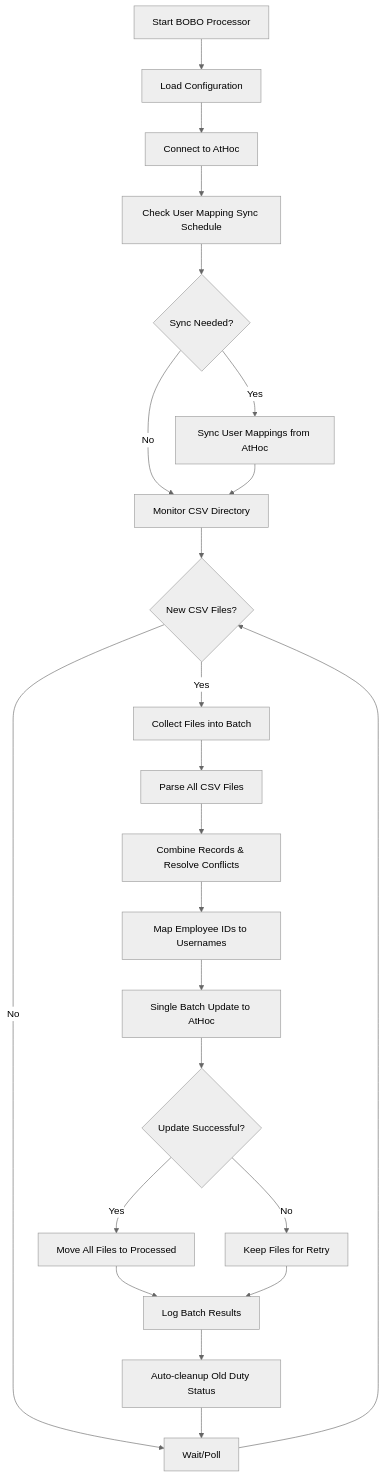
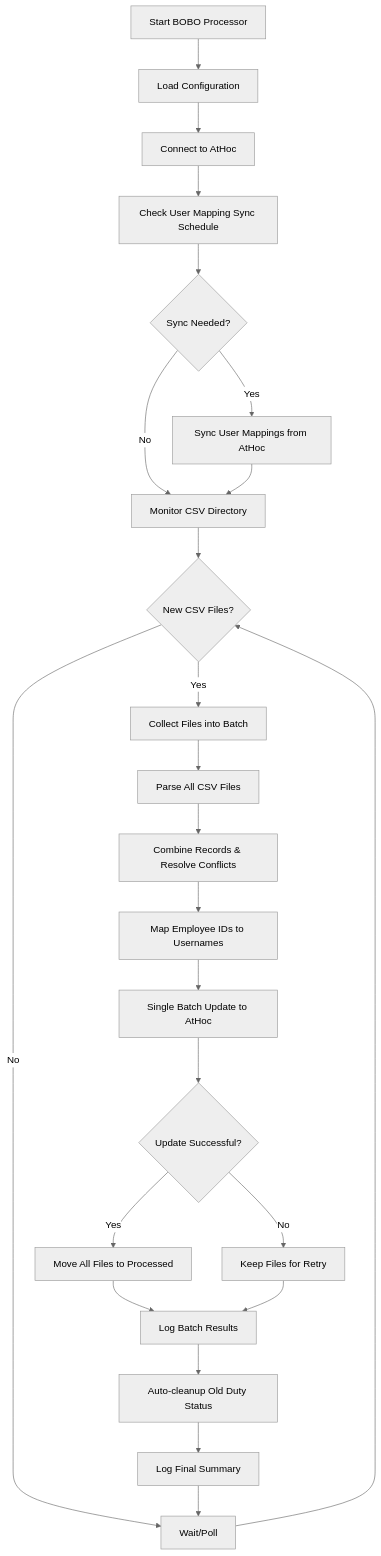
The diagram in README.md (phrixx/dms_python1), drawn with Mermaid (neutral theme) before and after one commit. The commit also changed other lines of this file, not shown here.

````diff
--- a/README.md
+++ b/README.md
@@ -135,31 +137,32 @@
 ```mermaid
 flowchart TD
     A[Start BOBO Processor] --> B[Load Configuration]
     B --> C[Connect to AtHoc]
     C --> D[Check User Mapping Sync Schedule]
     
     D --> E{Sync Needed?}
     E -->|Yes| F[Sync User Mappings from AtHoc]
     E -->|No| G[Monitor CSV Directory]
     F --> G
     
     G --> H{New CSV Files?}
     H -->|No| I[Wait/Poll]
     H -->|Yes| J[Collect Files into Batch]
     
     J --> K[Parse All CSV Files]
     K --> L[Combine Records & Resolve Conflicts]
     L --> M[Map Employee IDs to Usernames]
     M --> N[Single Batch Update to AtHoc]
     N --> O{Update Successful?}
     
     O -->|Yes| P[Move All Files to Processed]
     O -->|No| Q[Keep Files for Retry]
     P --> R[Log Batch Results]
     Q --> R
     
     R --> S[Auto-cleanup Old Duty Status]
-    S --> I
+    S --> T[Log Final Summary]
+    T --> I
     
     I --> H
 ```
````
